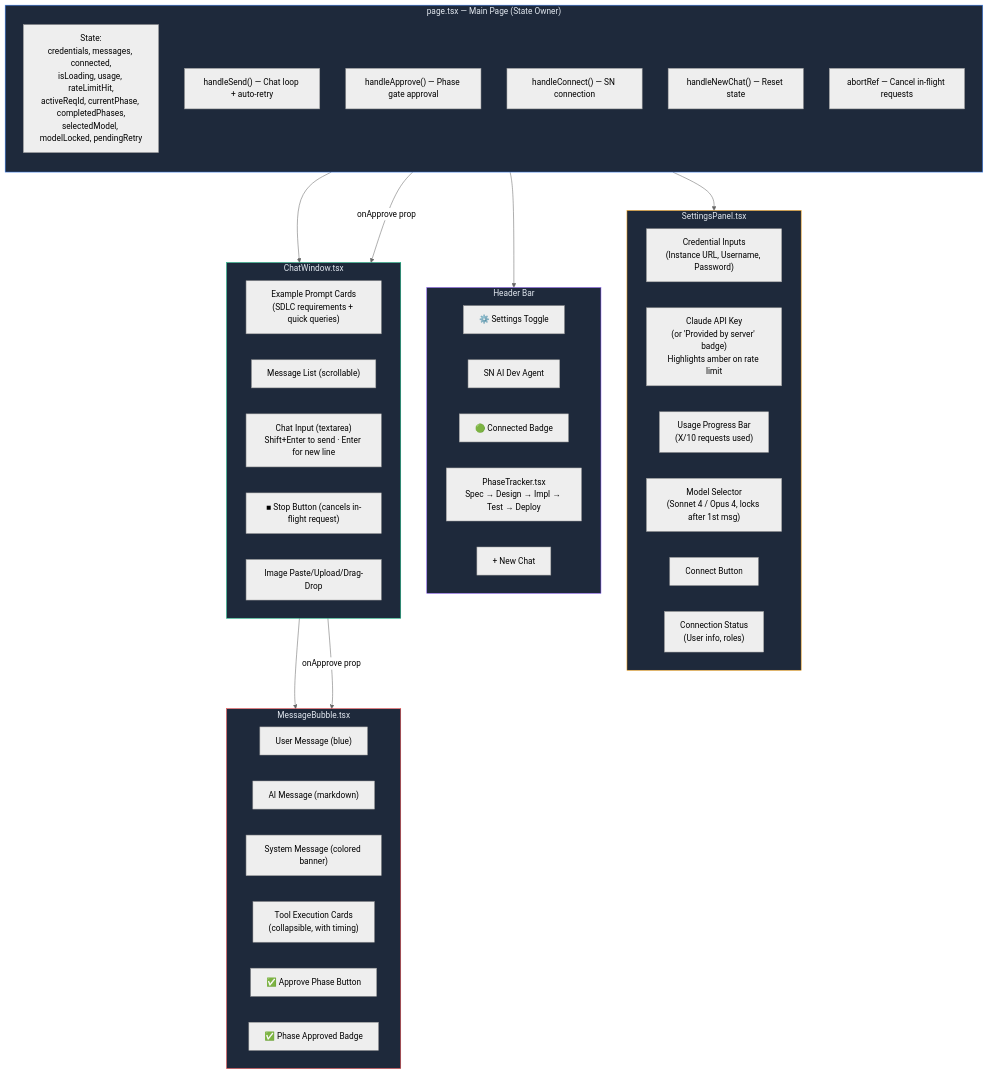
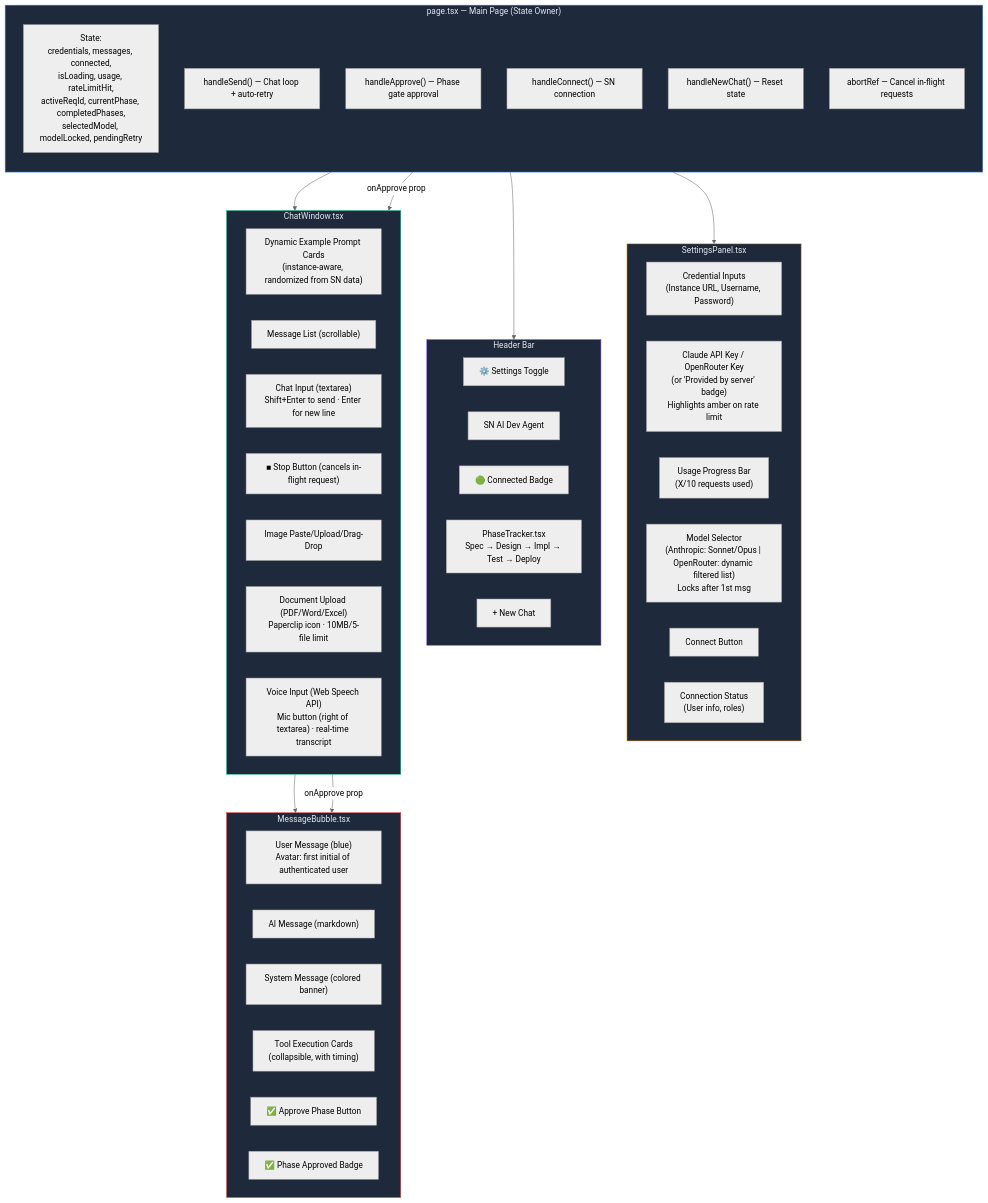
Before and after one commit to rtnsht/SN-AI-Dev-Agent: the second of 13 diagrams in docs/architecture.md, drawn with Mermaid (neutral theme). The commit also changed other lines of this file and 19 other files, not shown here.

First line of the commit message:
feat: OpenRouter multi-provider, Flow Designer scope fix, UI/UX improvements

````diff
--- a/docs/architecture.md
+++ b/docs/architecture.md
@@ -65,59 +73,61 @@
 ```mermaid
 graph TB
     subgraph PAGE["page.tsx — Main Page (State Owner)"]
         direction TB
         STATE["State:<br/>credentials, messages, connected,<br/>isLoading, usage, rateLimitHit,<br/>activeReqId, currentPhase, completedPhases,<br/>selectedModel, modelLocked, pendingRetry"]
         SEND["handleSend() — Chat loop + auto-retry"]
         APPROVE["handleApprove() — Phase gate approval"]
         CONNECT["handleConnect() — SN connection"]
         NEWCHAT["handleNewChat() — Reset state"]
         ABORT["abortRef — Cancel in-flight requests"]
     end
 
     subgraph SIDEBAR["SettingsPanel.tsx"]
         CREDS["Credential Inputs<br/>(Instance URL, Username, Password)"]
-        APIKEY["Claude API Key<br/>(or 'Provided by server' badge)<br/>Highlights amber on rate limit"]
+        APIKEY["Claude API Key / OpenRouter Key<br/>(or 'Provided by server' badge)<br/>Highlights amber on rate limit"]
         USAGE["Usage Progress Bar<br/>(X/10 requests used)"]
-        MODEL["Model Selector<br/>(Sonnet 4 / Opus 4, locks after 1st msg)"]
+        MODEL["Model Selector<br/>(Anthropic: Sonnet/Opus | OpenRouter: dynamic filtered list)<br/>Locks after 1st msg"]
         CONN_BTN["Connect Button"]
         CONN_STATUS["Connection Status<br/>(User info, roles)"]
     end
 
     subgraph HEADER["Header Bar"]
         TOGGLE["⚙️ Settings Toggle"]
         TITLE["SN AI Dev Agent"]
         CONN_BADGE["🟢 Connected Badge"]
         TRACKER["PhaseTracker.tsx<br/>Spec → Design → Impl → Test → Deploy"]
         NEW_BTN["+ New Chat"]
     end
 
     subgraph CHAT["ChatWindow.tsx"]
-        EXAMPLES["Example Prompt Cards<br/>(SDLC requirements + quick queries)"]
+        EXAMPLES["Dynamic Example Prompt Cards<br/>(instance-aware, randomized from SN data)"]
         MSGLIST["Message List (scrollable)"]
         INPUT["Chat Input (textarea)<br/>Shift+Enter to send · Enter for new line"]
         CANCEL["■ Stop Button (cancels in-flight request)"]
         IMAGES["Image Paste/Upload/Drag-Drop"]
+        DOCS["Document Upload (PDF/Word/Excel)<br/>Paperclip icon · 10MB/5-file limit"]
+        MIC["Voice Input (Web Speech API)<br/>Mic button (right of textarea) · real-time transcript"]
     end
 
     subgraph MSG["MessageBubble.tsx"]
-        USER_MSG["User Message (blue)"]
+        USER_MSG["User Message (blue)<br/>Avatar: first initial of authenticated user"]
         AI_MSG["AI Message (markdown)"]
         SYS_MSG["System Message (colored banner)"]
         TOOL_CARD["Tool Execution Cards<br/>(collapsible, with timing)"]
         GATE_BTN["✅ Approve Phase Button"]
         APPROVED["✅ Phase Approved Badge"]
     end
 
     PAGE --> SIDEBAR
     PAGE --> HEADER
     PAGE --> CHAT
     CHAT --> MSG
     APPROVE -- "onApprove prop" --> CHAT
     CHAT -- "onApprove prop" --> MSG
 
     style PAGE fill:#1e293b,stroke:#3b82f6,color:#e2e8f0
     style SIDEBAR fill:#1e293b,stroke:#f59e0b,color:#e2e8f0
     style HEADER fill:#1e293b,stroke:#8b5cf6,color:#e2e8f0
     style CHAT fill:#1e293b,stroke:#10b981,color:#e2e8f0
     style MSG fill:#1e293b,stroke:#ef4444,color:#e2e8f0
 ```
````
